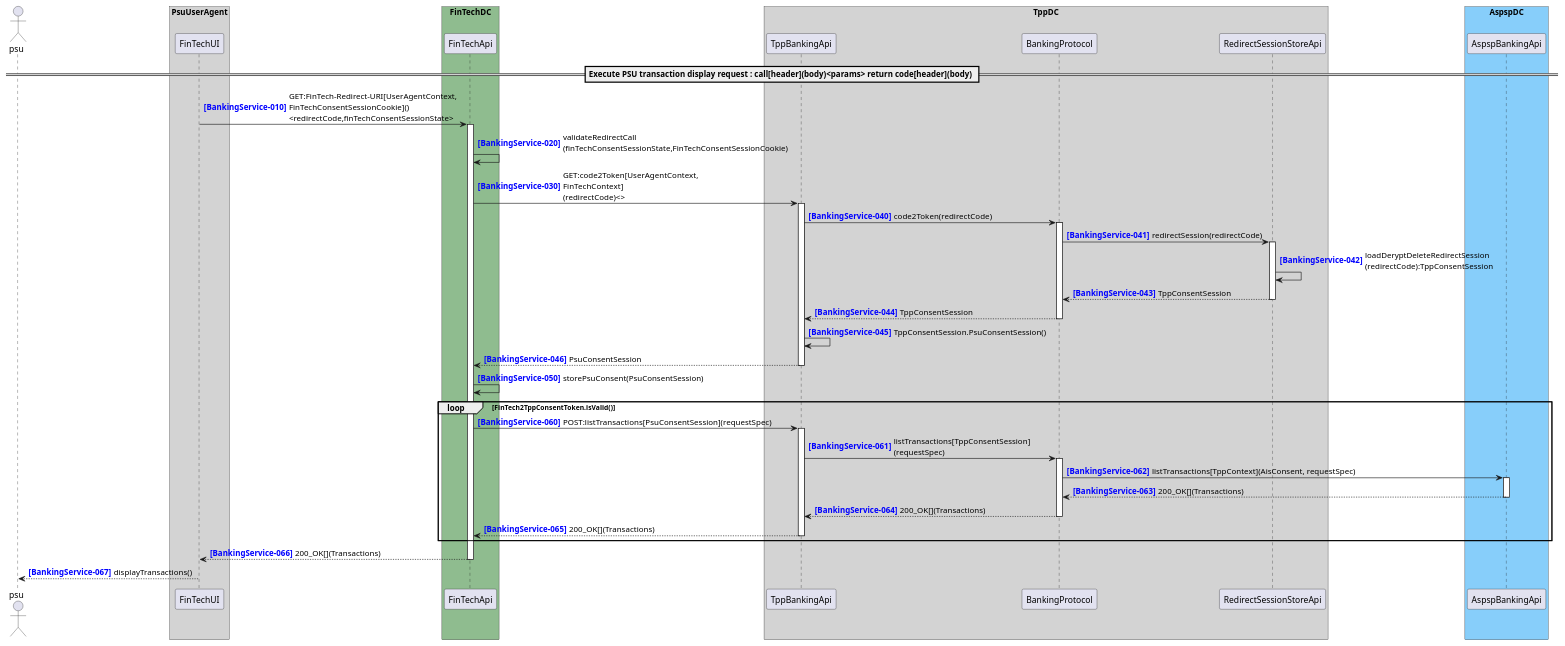
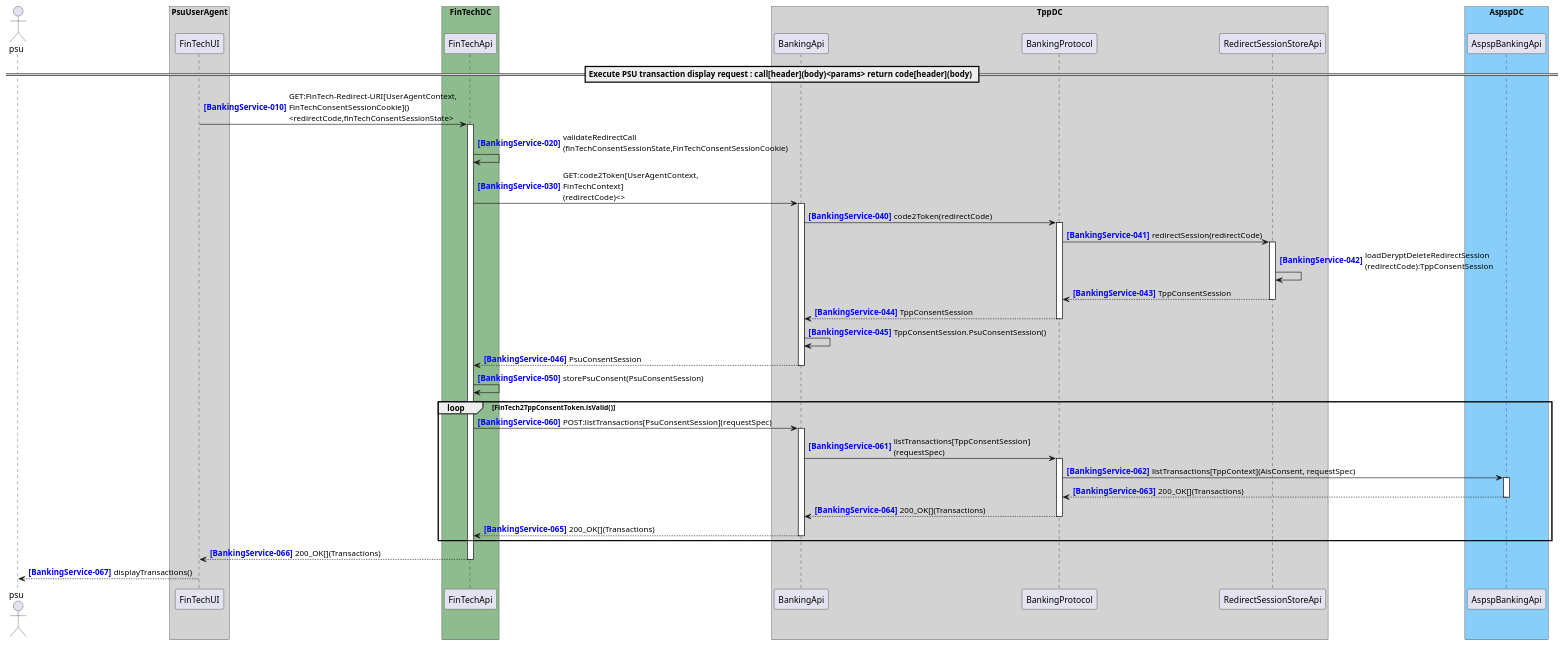
One commit to adorsys/open-banking-gateway changed the diagram in docs/architecture/diagrams/useCases/6-consume_api.puml. Above: the diagram before and after it, drawn with PlantUML. The commit also changed 12 other files, not shown here.

Commit message:
changed TppBankingApi to BankingApi

```diff
--- a/docs/architecture/diagrams/useCases/6-consume_api.puml
+++ b/docs/architecture/diagrams/useCases/6-consume_api.puml
@@ -1,53 +1,53 @@
 @startuml
 
 autonumber 10 10 "<b><color blue>[BankingService-000]"
 actor psu
 
 box "PsuUserAgent" #LightGray
     participant "FinTechUI" as FinTechUI
     'participant "ConsentAuthorisationUI" as ConsentAuthorisationUI
     'participant "OnlineBankingUI" as OnlineBankingUI
 end box
 box "FinTechDC" #DarkSeaGreen
     participant "FinTechApi" as FinTechApi
 end box
 box "TppDC" #LightGray
-    participant "TppBankingApi" as TppBankingApi
+    participant "BankingApi" as BankingApi
     'participant "TppBankSearchApi" as TppBankSearchApi
     'participant "ConsentAuthorisationApi" as ConsentAuthorisationApi
 
     participant "BankingProtocol" as BankingProtocol
     participant "RedirectSessionStoreApi" as RedirectSessionStoreApi
 end box
 box "AspspDC" #LightSkyBlue
 	participant "AspspBankingApi" as AspspBankingApi
     'participant "OnlineBankingApi" as OnlineBankingApi
 end box
 
 == Execute PSU transaction display request : call[header](body)<params> return code[header](body) ==
 
 FinTechUI -> FinTechApi ++ : GET:FinTech-Redirect-URI[UserAgentContext,\nFinTechConsentSessionCookie]()\n<redirectCode,finTechConsentSessionState>
 FinTechApi -> FinTechApi : validateRedirectCall\n(finTechConsentSessionState,FinTechConsentSessionCookie)
-FinTechApi -> TppBankingApi ++ : GET:code2Token[UserAgentContext,\nFinTechContext]\n(redirectCode)<>
+FinTechApi -> BankingApi ++ : GET:code2Token[UserAgentContext,\nFinTechContext]\n(redirectCode)<>
 autonumber 40 1 "<b><color blue>[BankingService-000]"
-TppBankingApi -> BankingProtocol ++ : code2Token(redirectCode)
+BankingApi -> BankingProtocol ++ : code2Token(redirectCode)
 BankingProtocol -> RedirectSessionStoreApi ++ : redirectSession(redirectCode)
 RedirectSessionStoreApi -> RedirectSessionStoreApi : loadDeryptDeleteRedirectSession\n(redirectCode):TppConsentSession
 return TppConsentSession
 return TppConsentSession
-TppBankingApi -> TppBankingApi: TppConsentSession.PsuConsentSession()
+BankingApi -> BankingApi: TppConsentSession.PsuConsentSession()
 return PsuConsentSession
 autonumber 50 10 "<b><color blue>[BankingService-000]"
 FinTechApi -> FinTechApi : storePsuConsent(PsuConsentSession)
 loop FinTech2TppConsentToken.isValid()
     autonumber 60 1 "<b><color blue>[BankingService-000]"
-    FinTechApi -> TppBankingApi ++ : POST:listTransactions[PsuConsentSession](requestSpec)
-    TppBankingApi -> BankingProtocol ++ : listTransactions[TppConsentSession]\n(requestSpec) 
+    FinTechApi -> BankingApi ++ : POST:listTransactions[PsuConsentSession](requestSpec)
+    BankingApi -> BankingProtocol ++ : listTransactions[TppConsentSession]\n(requestSpec)
     BankingProtocol -> AspspBankingApi ++ : listTransactions[TppContext](AisConsent, requestSpec) 
     return 200_OK[](Transactions)
     return 200_OK[](Transactions)
     return 200_OK[](Transactions)
 end
 return 200_OK[](Transactions)
 FinTechUI --> psu : displayTransactions()
 @enduml
```
